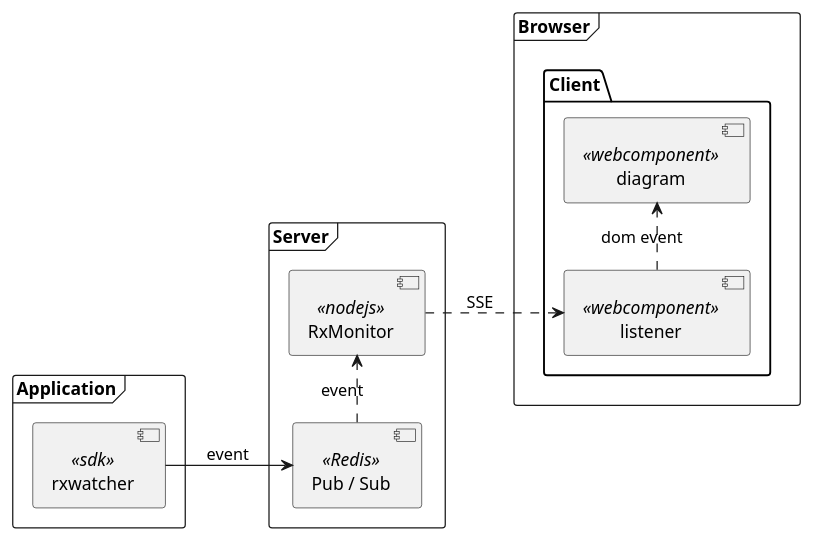
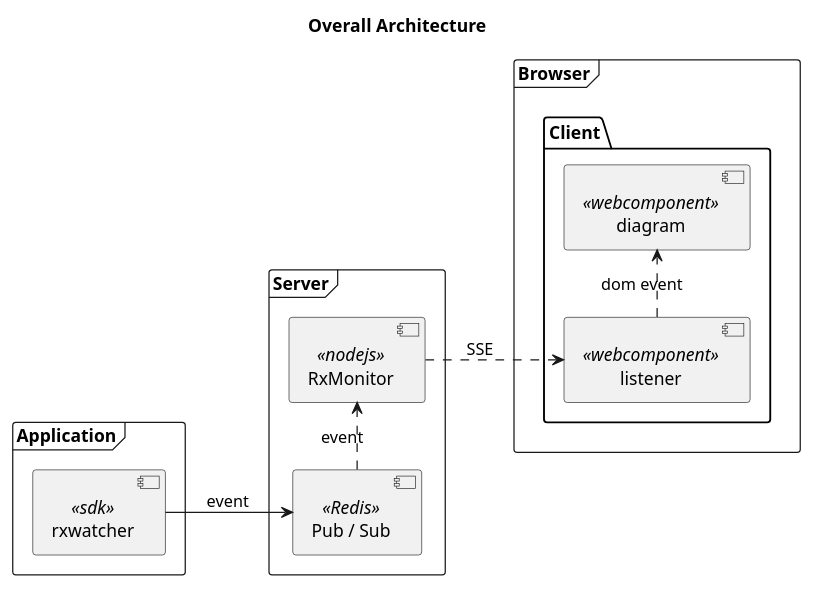
One commit to bsorrentino/RxMonitor changed the diagram in architecture.puml. Above: the diagram before and after it, drawn with PlantUML. The commit also changed 1 other file, not shown here.

Commit message:
update diagram

```diff
--- a/architecture.puml
+++ b/architecture.puml
@@ -1,30 +1,31 @@
 @startuml
 left to right direction
 
+title Overall Architecture
 
 frame "Server" {
   [RxMonitor] as RxMonitor << nodejs >>
   [Pub / Sub] as Redis << Redis >>
   [Redis] .> [RxMonitor] : event
   ''[RxMonitor] --> [Redis] : sub
 }
 
 frame "Application" {
   [rxwatcher] as [rxwatcher]  << sdk >>
   [rxwatcher] --> [Redis] : event
 }
 
 frame "Browser" {
   package "Client" {
     [listener] as listener << webcomponent >>
     [diagram] as diagram << webcomponent >>
   }
 }
-'Document --> [RxMonitor] : Download from
+'Client --> [RxMonitor] : Download from
 
 [listener] .> [diagram] : dom event
 
 
 [RxMonitor] ..> [listener] : SSE
 
 @enduml
```
